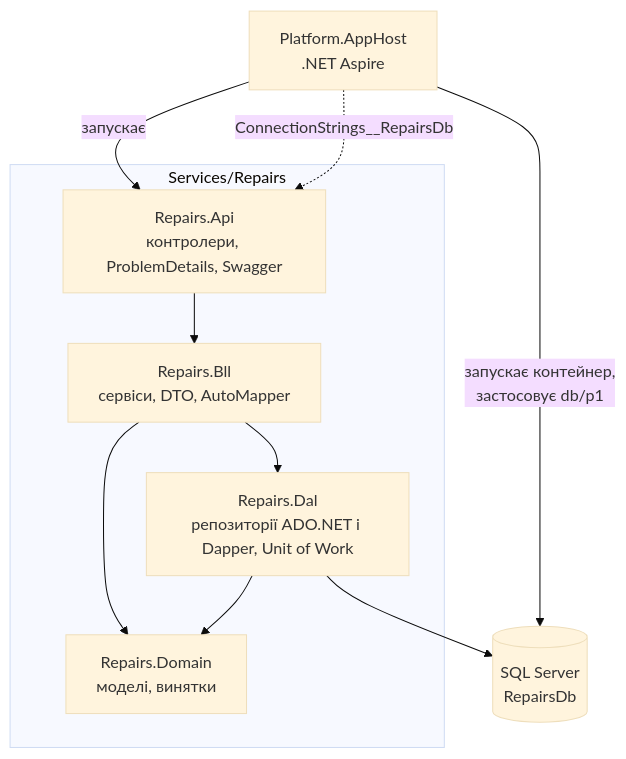
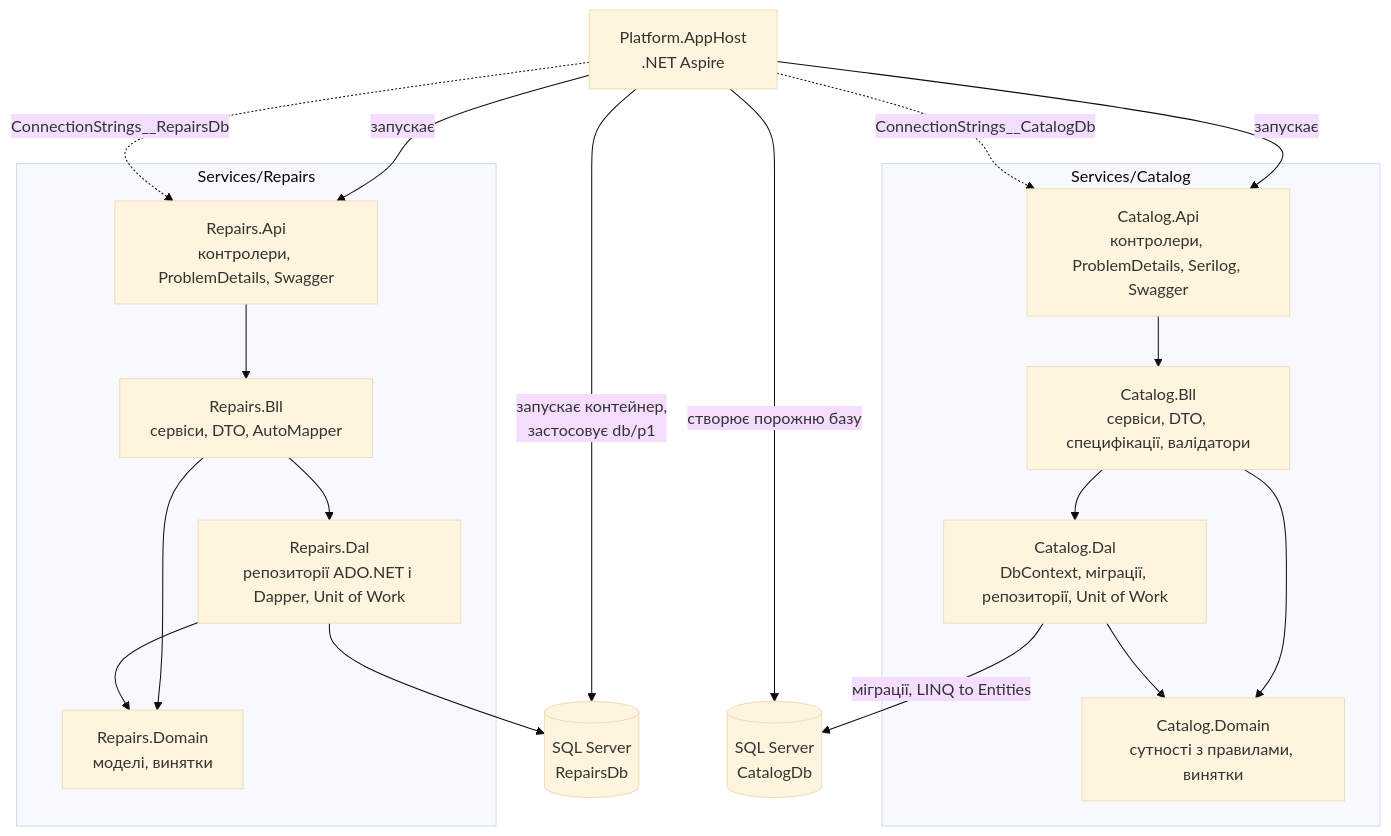
One commit to totalbyte/dotnet-practice changed the second of 2 diagrams in README.md. Above: the diagram before and after it, drawn with Mermaid (base theme). The commit also changed other lines of this file and 8 other files, not shown here.

Commit message:
docs: describe Catalog service, migrations and API

````diff
--- a/README.md
+++ b/README.md
@@ -163,15 +187,26 @@
 ```mermaid
 flowchart TB
     AppHost["Platform.AppHost<br/>.NET Aspire"] -->|запускає| Api
+    AppHost -->|запускає| CApi
     AppHost -->|запускає контейнер,<br/>застосовує db/p1| Db[("SQL Server<br/>RepairsDb")]
+    AppHost -->|створює порожню базу| CDb[("SQL Server<br/>CatalogDb")]
     AppHost -.->|ConnectionStrings__RepairsDb| Api
+    AppHost -.->|ConnectionStrings__CatalogDb| CApi
 
     subgraph Repairs["Services/Repairs"]
         Api["Repairs.Api<br/>контролери, ProblemDetails, Swagger"] --> Bll["Repairs.Bll<br/>сервіси, DTO, AutoMapper"]
         Bll --> Dal["Repairs.Dal<br/>репозиторії ADO.NET і Dapper, Unit of Work"]
         Bll --> Domain["Repairs.Domain<br/>моделі, винятки"]
         Dal --> Domain
     end
 
+    subgraph Catalog["Services/Catalog"]
+        CApi["Catalog.Api<br/>контролери, ProblemDetails, Serilog, Swagger"] --> CBll["Catalog.Bll<br/>сервіси, DTO, специфікації, валідатори"]
+        CBll --> CDal["Catalog.Dal<br/>DbContext, міграції, репозиторії, Unit of Work"]
+        CBll --> CDomain["Catalog.Domain<br/>сутності з правилами, винятки"]
+        CDal --> CDomain
+    end
+
     Dal --> Db
+    CDal -->|міграції, LINQ to Entities| CDb
 ```
````
